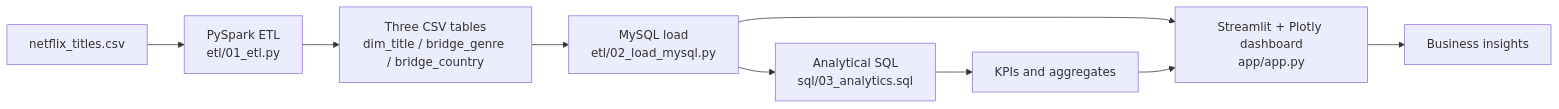
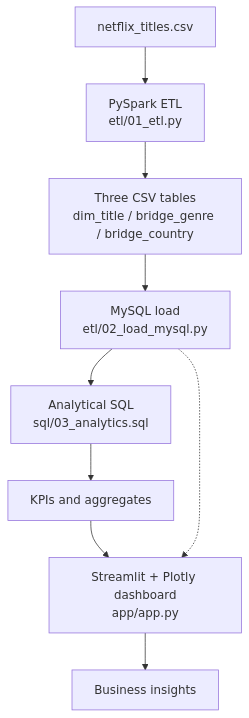
Before and after one commit to IpsitMohanty/netflix-content-strategy: the diagram in README.md, drawn with Mermaid.

Commit message:
docs: make pipeline architecture diagram vertical

````diff
--- a/README.md
+++ b/README.md
@@ -9,11 +9,11 @@
 ```mermaid
-flowchart LR
+flowchart TD
     A["netflix_titles.csv"] --> B["PySpark ETL<br/>etl/01_etl.py"]
     B --> C["Three CSV tables<br/>dim_title / bridge_genre / bridge_country"]
     C --> D["MySQL load<br/>etl/02_load_mysql.py"]
     D --> E["Analytical SQL<br/>sql/03_analytics.sql"]
     E --> F["KPIs and aggregates"]
-    D --> G["Streamlit + Plotly dashboard<br/>app/app.py"]
-    F --> G
+    F --> G["Streamlit + Plotly dashboard<br/>app/app.py"]
     G --> H["Business insights"]
+    D -.-> G
 ```
````
